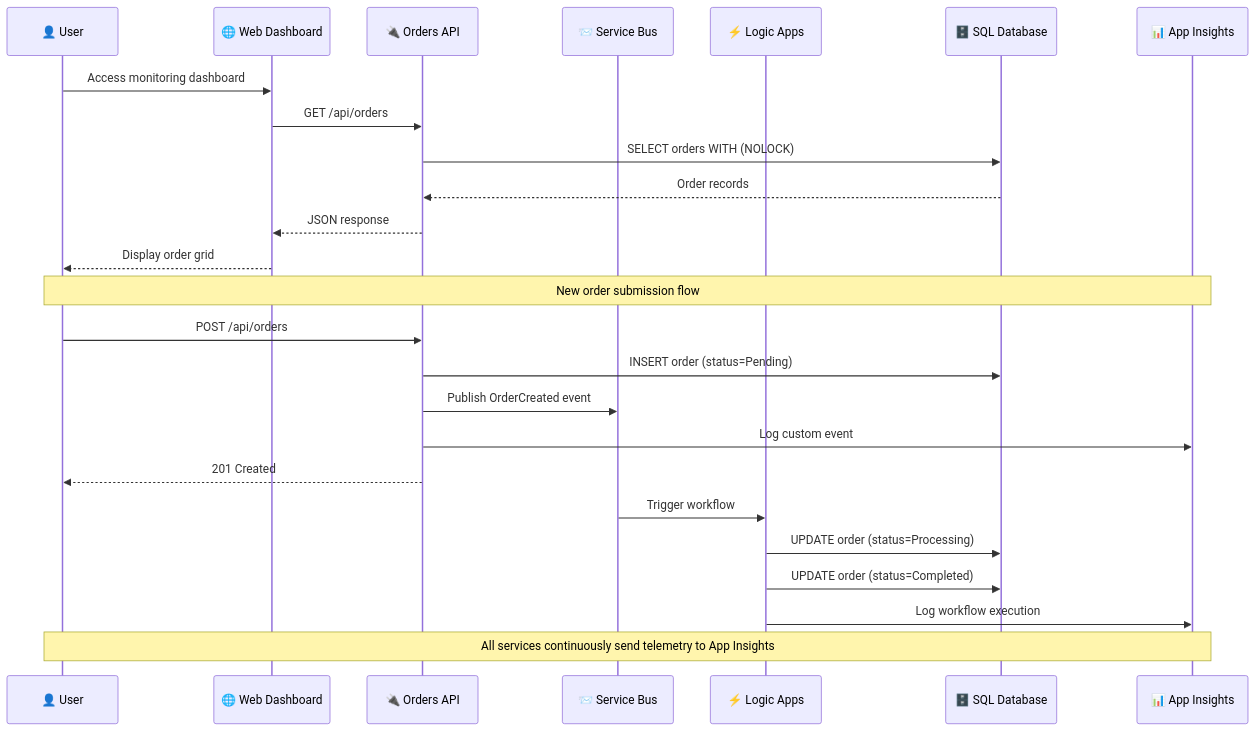
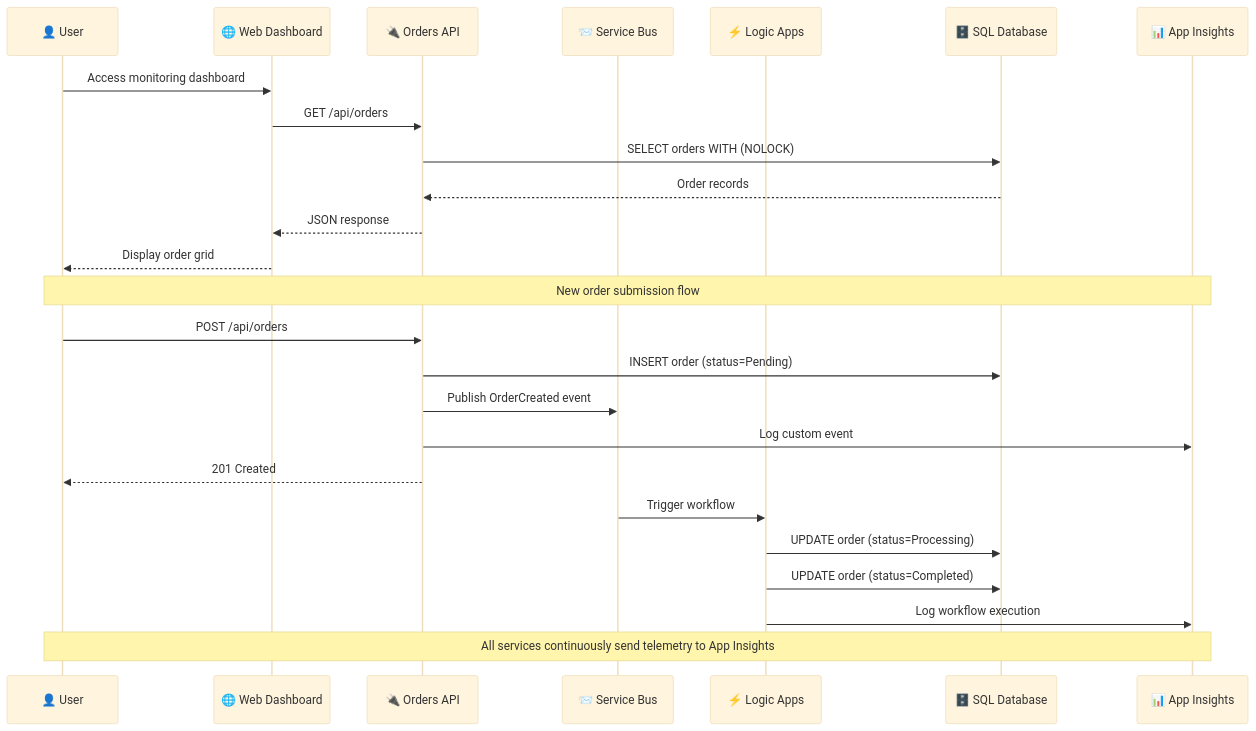
Before and after one commit to Evilazaro/Azure-LogicApps-Monitoring: the second of 4 diagrams in README.md, drawn with Mermaid. The commit also changed other lines of this file, not shown here.

Commit message:
docs: enhance mermaid diagrams with accessibility features and improved color scheme

````diff
--- a/README.md
+++ b/README.md
@@ -355,32 +363,38 @@
 ```mermaid
+---
+config:
+  theme: base
+---
 sequenceDiagram
+    accTitle: Data Flow Sequence Diagram
+    accDescr: Order processing flow showing user interaction with web dashboard, API calls, Service Bus messaging, Logic Apps workflow execution, and database operations with Application Insights telemetry
     participant U as 👤 User
     participant W as 🌐 Web Dashboard
     participant A as 🔌 Orders API
     participant S as 📨 Service Bus
     participant L as ⚡ Logic Apps
     participant D as 🗄️ SQL Database
     participant I as 📊 App Insights
 
     U->>W: Access monitoring dashboard
     W->>A: GET /api/orders
     A->>D: SELECT orders WITH (NOLOCK)
     D-->>A: Order records
     A-->>W: JSON response
     W-->>U: Display order grid
 
     Note over U,I: New order submission flow
 
     U->>A: POST /api/orders
     A->>D: INSERT order (status=Pending)
     A->>S: Publish OrderCreated event
     A->>I: Log custom event
     A-->>U: 201 Created
 
     S->>L: Trigger workflow
     L->>D: UPDATE order (status=Processing)
     L->>D: UPDATE order (status=Completed)
     L->>I: Log workflow execution
 
     Note over U,I: All services continuously send telemetry to App Insights
 ```
````
